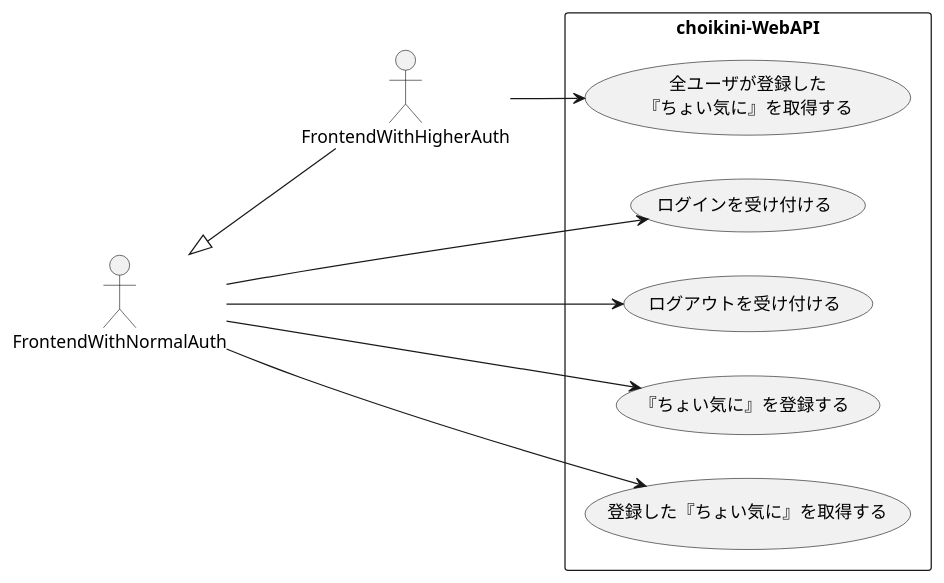
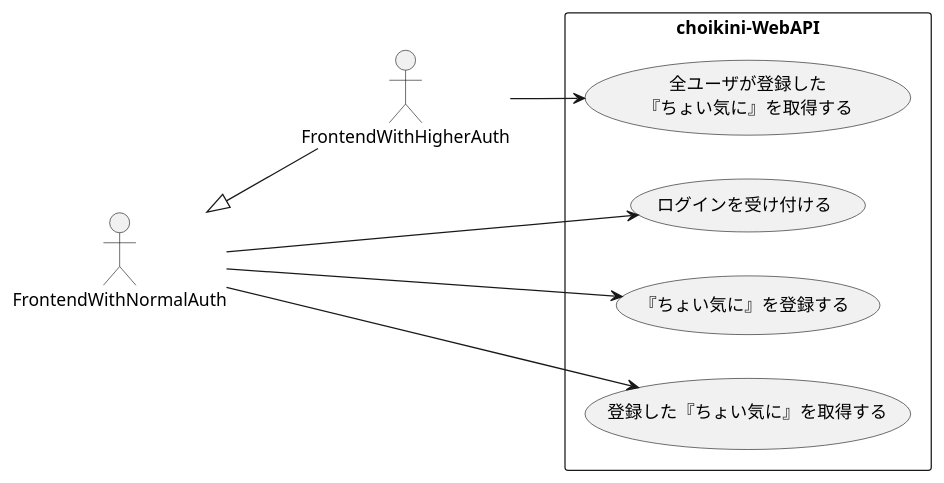
Before and after one commit to filunK/choikini: the diagram in design/01-requirement/01-01_UC_choikini.puml, drawn with PlantUML. The commit also changed 3 other files, not shown here.

```diff
--- a/design/01-requirement/01-01_UC_choikini.puml
+++ b/design/01-requirement/01-01_UC_choikini.puml
@@ -1,112 +1,105 @@
 @startuml 01-01-UC_WEBAPIサーバのユースケース
 
     left to right direction
     
     'アクターの定義
     :FrontendWithNormalAuth: as interface
     :FrontendWithHigherAuth: as hInterface
 
     interface <|--hInterface
 
     'ユースケースの定義
     
     rectangle "choikini-WebAPI" {
         usecase login as "ログインを受け付ける"
-        usecase logout as "ログアウトを受け付ける"
 
         usecase regist as "『ちょい気に』を登録する"
 
         usecase getChoikini as "登録した『ちょい気に』を取得する"
         usecase getAllChoikini as "全ユーザが登録した
                                 『ちょい気に』を取得する"
 
         interface --> login
-        interface --> logout
         interface --> regist
         interface --> getChoikini
 
         hInterface --> getAllChoikini
     }
 
 /'
 ユースケース記述：
 
     login:ログインする。
         【正常１】
         ユーザkadokawaはパスワードP@ssw0rdを使用してログインAPIを実行。
         WebAPI側で正常に処理されて、JSONにてセッショントークンを受け取った。
         【正常２】
         ユーザkadokawaはパスワードP@ssw0rdを使用かつ、長期ログインオプションを使用してログインAPIを実行。
         WebAPI側で正常に処理されて、JSONにてセッショントークンを受け取った。
         【正常３】
         ロック済みユーザhayakawaはパスワードf@nTasy09876を使用してログインAPIを実行。
         WebAPI側でロックユーザと判断されてその旨をJSONで受け取った。。
         【異常】
         ユーザkadokawaはパスワードPasswordを使用してログインAPIを実行。
         WebAPI側でログイン失敗となり、エラーのJSONを受け取った。
-
-    logout:ログアウトする
-        【正常１】
-        ユーザkadokawaはログアウトAPIを実行。
-        WebAPI側で正常に処理された旨をJSONで受け取った。
 
     regist:『ちょい気に』を登録する
         【正常１】
         ユーザkadokawaは以下の文言を登録するためAPIを実行。
         『
         ちょい気にの<投稿可能文字列が160文字だけしかないのは短すぎやしないか。
         こんなに短い文字数では書きたいことも書けないのではないか。
         そもそもちょっと気になることを登録することに意義を感じない。この情報からどうやって問題を見出すというのか。
         私には目的が見えなくて分からない。
         160文字というのは案外かけるものだな。        
         』(160文字)
         WebAPI側で正常に処理された旨をJSONで受け取った。
         【正常2】
         ユーザkadokawaは以下の文言を登録するためAPIを実行。
         『
         Is it too short to have only 160 letters?
         In such a short number of letters, I can not write what I have felt.
         I do not feel the meaning to register an anxious.
         』(160文字)
         WebAPI側で正常に処理された旨をJSONで受け取った。
         【異常１】
         ユーザkadokawaは以下の文言を登録するためAPIを実行。
         『
         ちょい気にの<投稿可能文字列が160文字だけしかないのは短すぎやしないか。
         こんなに短い文字数では書きたいことも書けないのではないか。
         そもそもちょっと気になることを登録することに意義を感じない。この情報からどうやって問題を見出すというのか。
         私には目的が見えなくて分からないよ。
         160文字というのは案外かけるものだな。        
         』(161文字)
         WebAPI側から文字数超過の旨をJSONで受け取った。
         。
     
     getChoikini:登録した『ちょい気に』を取得する
         【正常１】
         ユーザkadokawaは自分の登録したちょい気にを一覧取得した。
         『
         ちょい気にの<投稿可能文字列が160文字だけしかないのは短すぎやしないか。
         こんなに短い文字数では書きたいことも書けないのではないか。
         そもそもちょっと気になることを登録することに意義を感じない。この情報からどうやって問題を見出すというのか。
         私には目的が見えなくて分からない。
         160文字というのは案外かけるものだな。        
         』
         『
         Is it too short to have only 160 letters?
         In such a short number of letters, I can not write what I have felt.
         I do not feel the meaning to register an anxious.
         』
         の内容が記載されたJSONを受け取った。
     
     getAllChoikini：全ユーザが登録した『ちょい気に』を取得する
         【正常１】
         ユーザhayakawaは全ユーザのちょい気にを一覧取得した。
             ・ユーザkadokawaの２件
             ・ユーザhayakawaの100件
         のちょい気にが記載されたJSONを受けとった。
 
 
 '/
 
 
 @enduml
```
